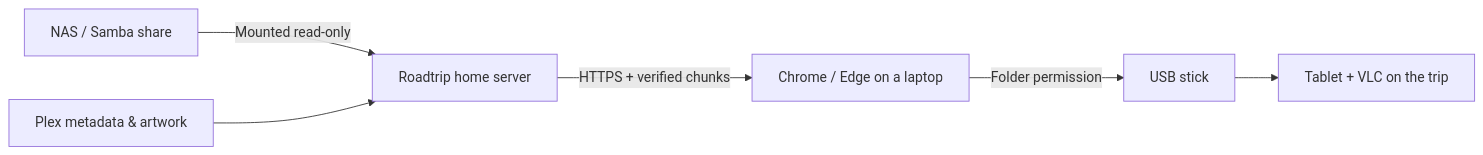
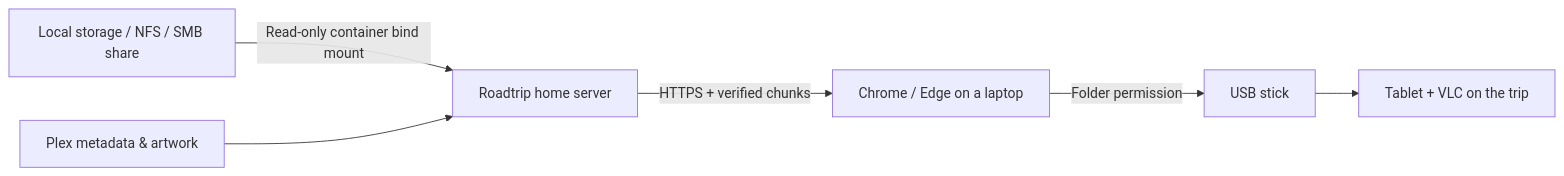
Before and after one commit to CrazyLegsFE/roadtrip-library: the diagram in README.md, drawn with Mermaid.

Commit message:
docs: clarify local storage, NFS/SMB, and source markers

````diff
--- a/README.md
+++ b/README.md
@@ -27,8 +27,8 @@
 ```mermaid
 flowchart LR
-  NAS["NAS / Samba share"] -->|"Mounted read-only"| App["Roadtrip home server"]
+  NAS["Local storage / NFS / SMB share"] -->|"Read-only container bind mount"| App["Roadtrip home server"]
   Plex["Plex metadata & artwork"] --> App
   App -->|"HTTPS + verified chunks"| Browser["Chrome / Edge on a laptop"]
   Browser -->|"Folder permission"| USB["USB stick"]
   USB --> Player["Tablet + VLC on the trip"]
 ```
````
